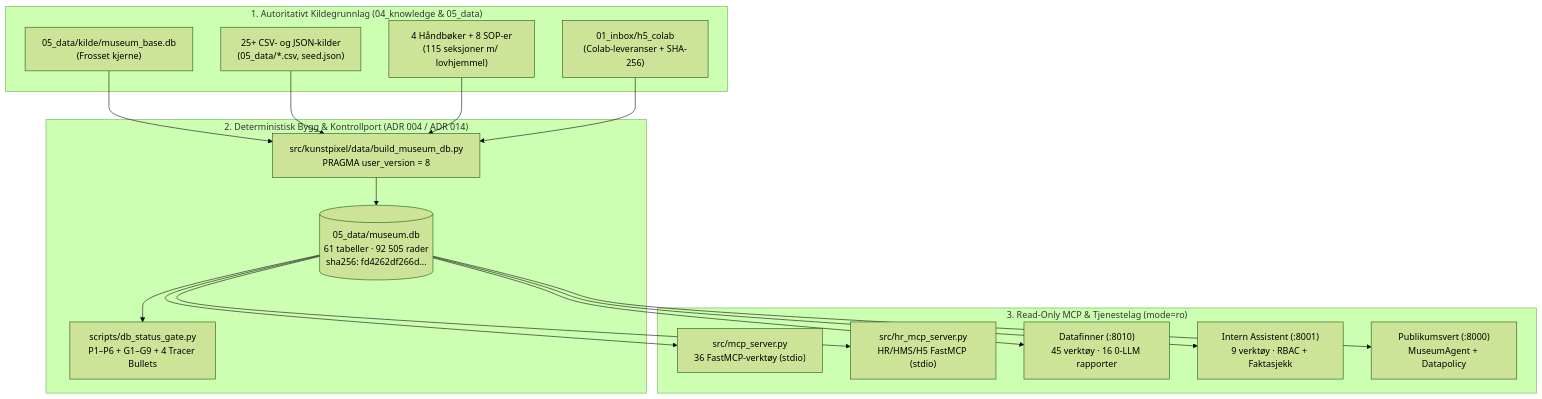
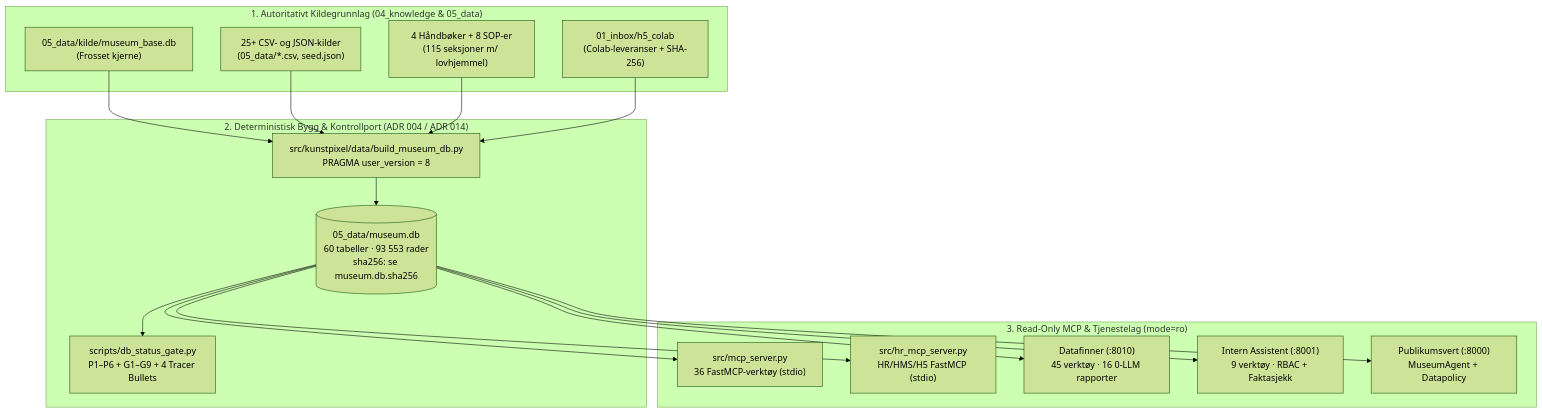
The diagram in 04_knowledge/00_DATA_OG_MCP_OVERSIKT.md (Luaze1985/Kunstpixel), drawn with Mermaid (forest theme) before and after one commit. The commit also changed other lines of this file and 51 other files, not shown here.

````diff
--- a/04_knowledge/00_DATA_OG_MCP_OVERSIKT.md
+++ b/04_knowledge/00_DATA_OG_MCP_OVERSIKT.md
@@ -11,35 +11,35 @@
 ```mermaid
 flowchart TB
     subgraph KILDER["1. Autoritativt Kildegrunnlag (04_knowledge & 05_data)"]
         BASE["05_data/kilde/museum_base.db\n(Frosset kjerne)"]
         CSV["25+ CSV- og JSON-kilder\n(05_data/*.csv, seed.json)"]
         MD["4 Håndbøker + 8 SOP-er\n(115 seksjoner m/ lovhjemmel)"]
         COLAB_IN["01_inbox/h5_colab\n(Colab-leveranser + SHA-256)"]
     end
 
     subgraph BYGG["2. Deterministisk Bygg & Kontrollport (ADR 004 / ADR 014)"]
         BUILDER["src/kunstpixel/data/build_museum_db.py\nPRAGMA user_version = 8"]
         GATE["scripts/db_status_gate.py\nP1–P6 + G1–G9 + 4 Tracer Bullets"]
-        DB[("05_data/museum.db\n61 tabeller · 92 505 rader\nsha256: fd4262df266d...")]
+        DB[("05_data/museum.db\n60 tabeller · 93 553 rader\nsha256: se museum.db.sha256")]
     end
 
     subgraph MCP_LAG["3. Read-Only MCP & Tjenestelag (mode=ro)"]
         FASTMCP["src/mcp_server.py\n36 FastMCP-verktøy (stdio)"]
         HRMCP["src/hr_mcp_server.py\nHR/HMS/H5 FastMCP (stdio)"]
         DF["Datafinner (:8010)\n45 verktøy · 16 0-LLM rapporter"]
         INTERN["Intern Assistent (:8001)\n9 verktøy · RBAC + Faktasjekk"]
         VERT["Publikumsvert (:8000)\nMuseumAgent + Datapolicy"]
     end
 
     BASE --> BUILDER
     CSV --> BUILDER
     MD --> BUILDER
     COLAB_IN --> BUILDER
     BUILDER --> DB
     DB --> GATE
     DB --> FASTMCP
     DB --> HRMCP
     DB --> DF
     DB --> INTERN
     DB --> VERT
 ```
````
